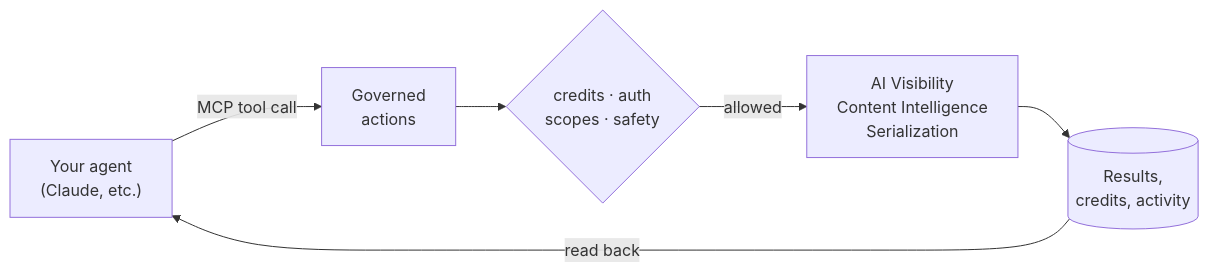
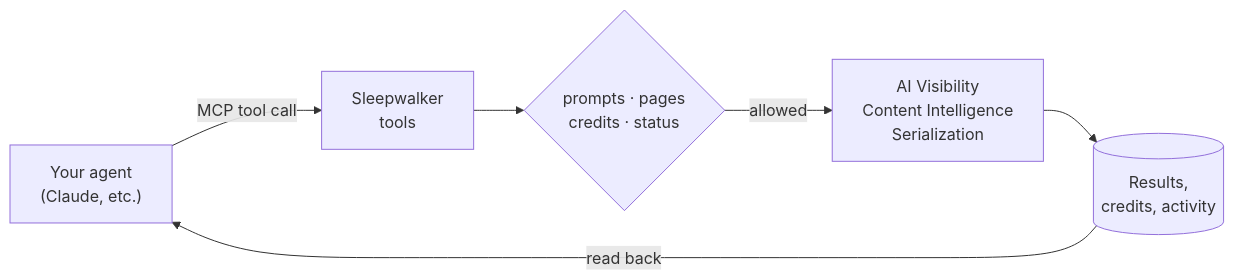
Before and after one commit to followanton/sleepwalker: the diagram in docs/agents.md, drawn with Mermaid. The commit also changed other lines of this file and 16 other files, not shown here.

````diff
--- a/docs/agents.md
+++ b/docs/agents.md
@@ -7,8 +7,8 @@
 ```mermaid
 flowchart LR
-  A["Your agent<br/>(Claude, etc.)"] -->|MCP tool call| B["Governed<br/>actions"]
-  B --> C{"credits · auth<br/>scopes · safety"}
+  A["Your agent<br/>(Claude, etc.)"] -->|MCP tool call| B["Sleepwalker<br/>tools"]
+  B --> C{"prompts · pages<br/>credits · status"}
   C -->|allowed| D["AI Visibility<br/>Content Intelligence<br/>Serialization"]
   D --> E[("Results,<br/>credits, activity")]
   E -->|read back| A
 ```
````
